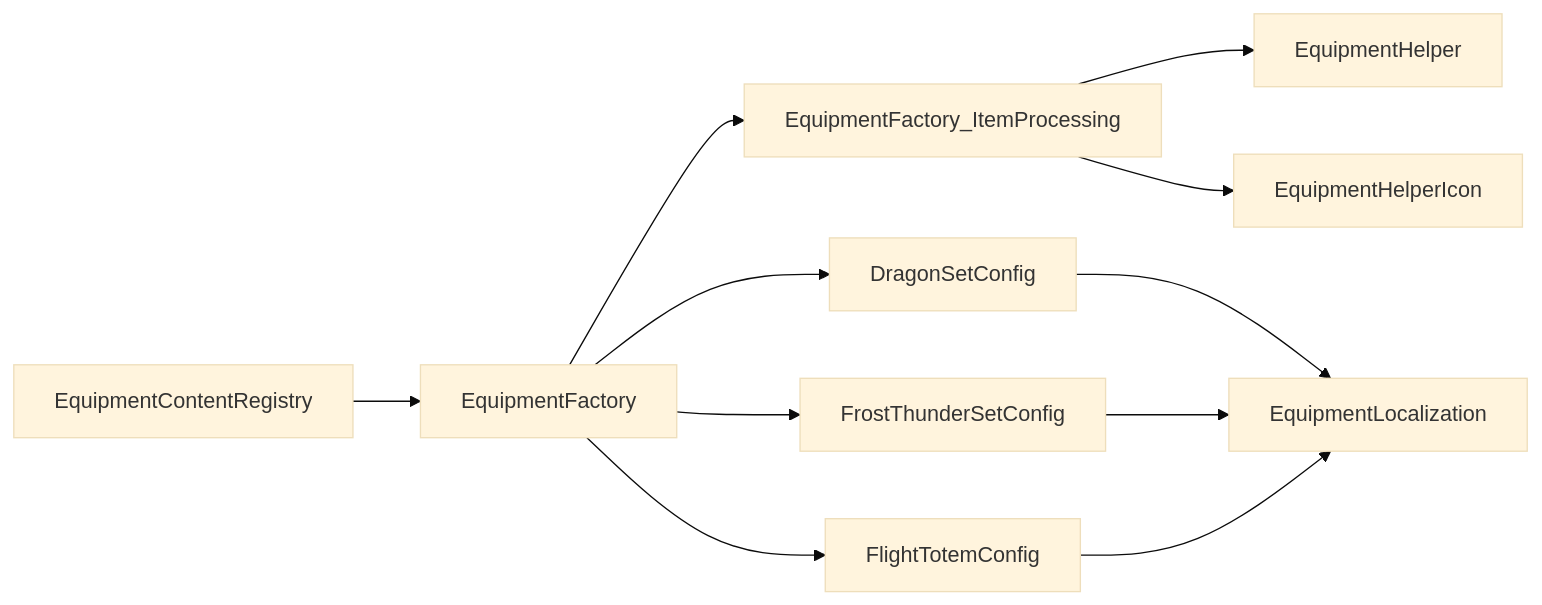
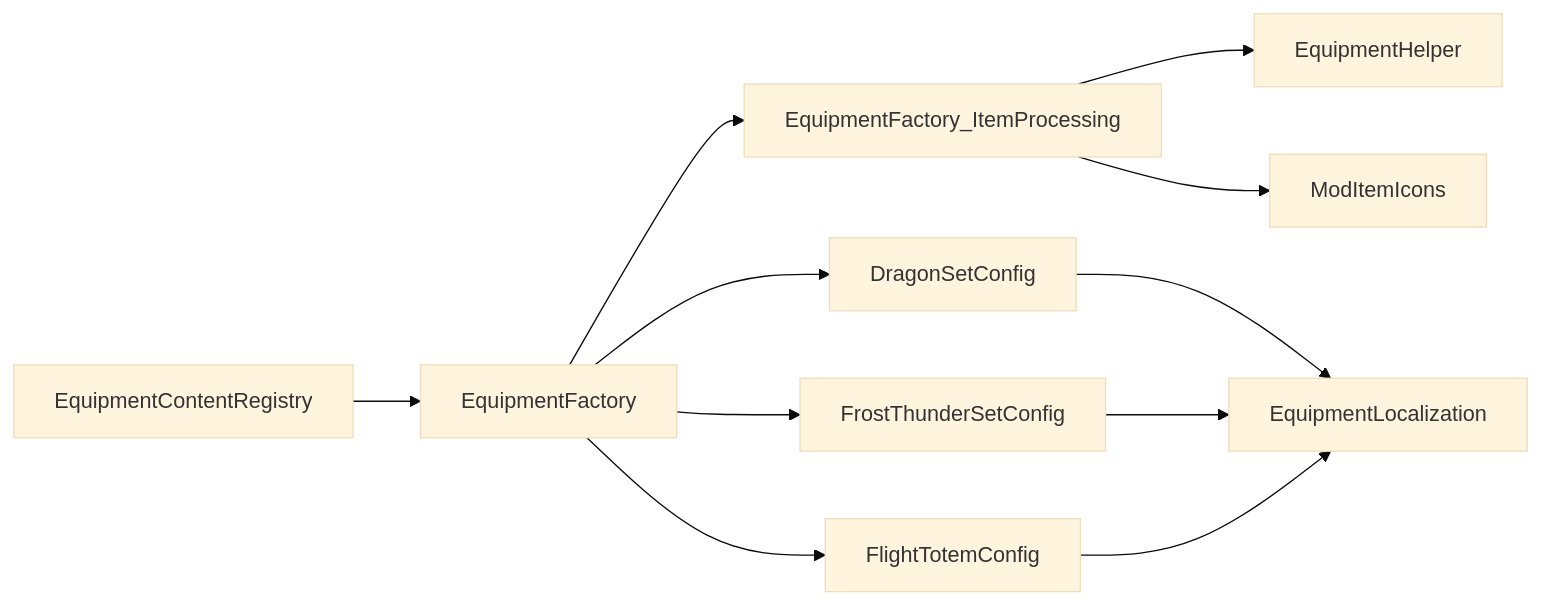
One commit to GASEN1216/BossRushMod changed the sixth of 6 diagrams in .qoder/repowiki/zh/content/项目概览/核心功能特性/装备与物品系统/装备框架与工厂系统.md. Above: the diagram before and after it, drawn with Mermaid (base theme). The commit also changed other lines of this file and 315 other files, not shown here.

Commit message:
v2.6.0：收集品 100 件与收藏册（开箱额外一格、九图两全图系列与珍品、集齐奖励、杰夫引导 590217、陈列柜实物与 6–8 档格框），全部物品图标按原版画风重画并统一到 ModItemIcons + Publish；资源读取统一为 ModSprites、ResourceBundleLoader、JsonDataRegistry、BossRushOfficialAudio、GetModPath 五个入口并删过期加载代码，修好从未响过的龙王武器射击音；主角枪械暴击率加成改为爆头伤害，收集品审核七条全修

````diff
--- a/.qoder/repowiki/zh/content/项目概览/核心功能特性/装备与物品系统/装备框架与工厂系统.md
+++ b/.qoder/repowiki/zh/content/项目概览/核心功能特性/装备与物品系统/装备框架与工厂系统.md
@@ -255,13 +255,13 @@
 ```mermaid
 graph LR
 ECR["EquipmentContentRegistry"] --> EF["EquipmentFactory"]
 EF --> EFP["EquipmentFactory_ItemProcessing"]
 EFP --> EH["EquipmentHelper"]
-EFP --> EHI["EquipmentHelperIcon"]
+EFP --> EHI["ModItemIcons"]
 EF --> DSC["DragonSetConfig"]
 EF --> FTS["FrostThunderSetConfig"]
 EF --> FTC["FlightTotemConfig"]
 DSC --> EL["EquipmentLocalization"]
 FTS --> EL
 FTC --> EL
 ```
````
